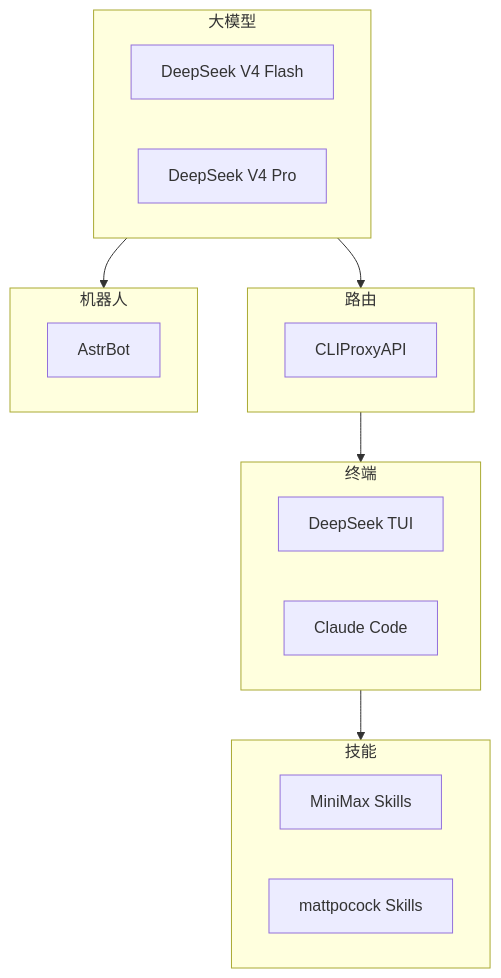
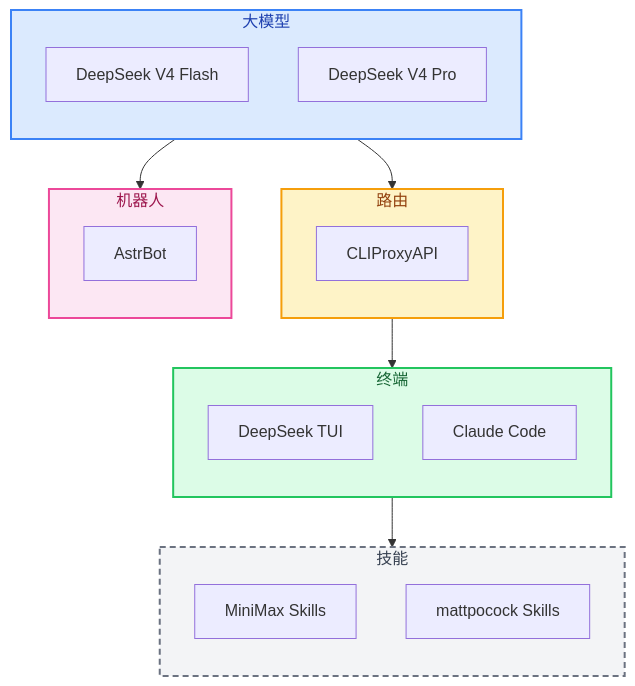
One commit to yuanxin518/ai-path changed the diagram in README.md. Above: the diagram before and after it, drawn with Mermaid. The commit also changed other lines of this file and 2 other files, not shown here.

Commit message:
优化: 流程图着色、折叠AI指令、去重、补充节点文档

````diff
--- a/README.md
+++ b/README.md
@@ -18,30 +23,40 @@
 ```mermaid
 flowchart TD
-    subgraph "大模型"
+    subgraph N00["大模型"]
+        direction TB
         DS1["DeepSeek V4 Flash"]
         DS2["DeepSeek V4 Pro"]
     end
+    style N00 fill:#dbeafe,stroke:#3b82f6,stroke-width:2px,color:#1e40af
 
-    subgraph "路由"
+    subgraph N01["路由"]
+        direction TB
         CPA["CLIProxyAPI"]
     end
+    style N01 fill:#fef3c7,stroke:#f59e0b,stroke-width:2px,color:#92400e
 
-    subgraph "终端"
+    subgraph N02["终端"]
+        direction TB
         TUI["DeepSeek TUI"]
         CC["Claude Code"]
     end
+    style N02 fill:#dcfce7,stroke:#22c55e,stroke-width:2px,color:#166534
 
-    subgraph "技能"
+    subgraph N03["技能"]
+        direction TB
         MSK["MiniMax Skills"]
         PSK["mattpocock Skills"]
     end
+    style N03 fill:#f3f4f6,stroke:#6b7280,stroke-width:2px,stroke-dasharray:6 4,color:#374151
 
-    subgraph "机器人"
+    subgraph N04["机器人"]
+        direction TB
         AB["AstrBot"]
     end
+    style N04 fill:#fce7f3,stroke:#ec4899,stroke-width:2px,color:#9d174d
 
-    大模型 --> 路由
-    路由 --> 终端
-    终端 --> 技能
-    大模型 --> 机器人
+    N00 --> N01
+    N01 --> N02
+    N02 --> N03
+    N00 --> N04
 ```
````
